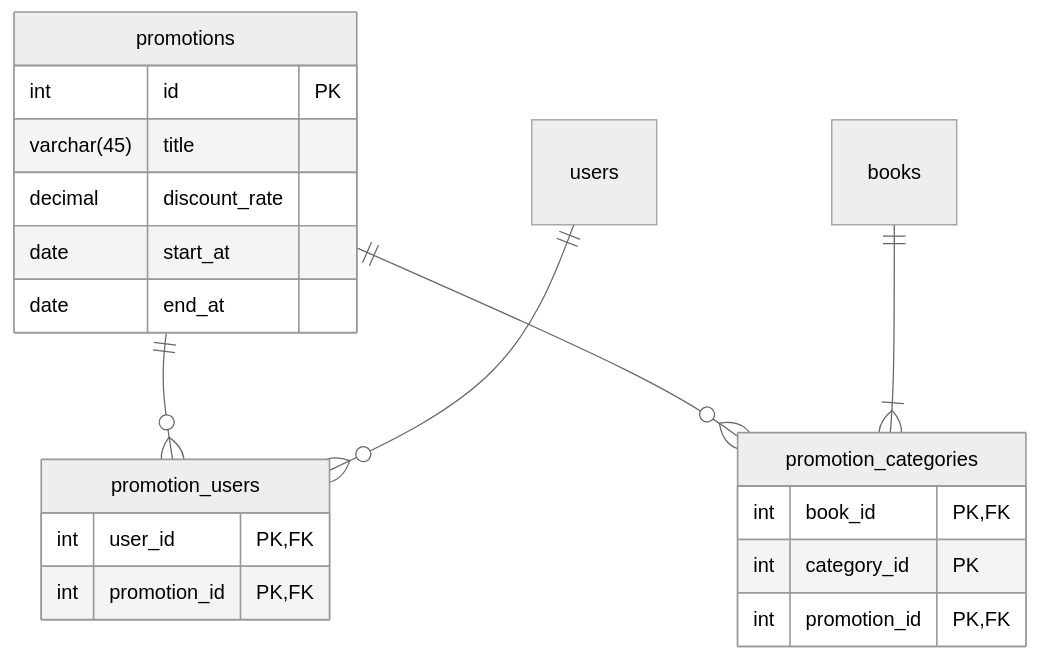
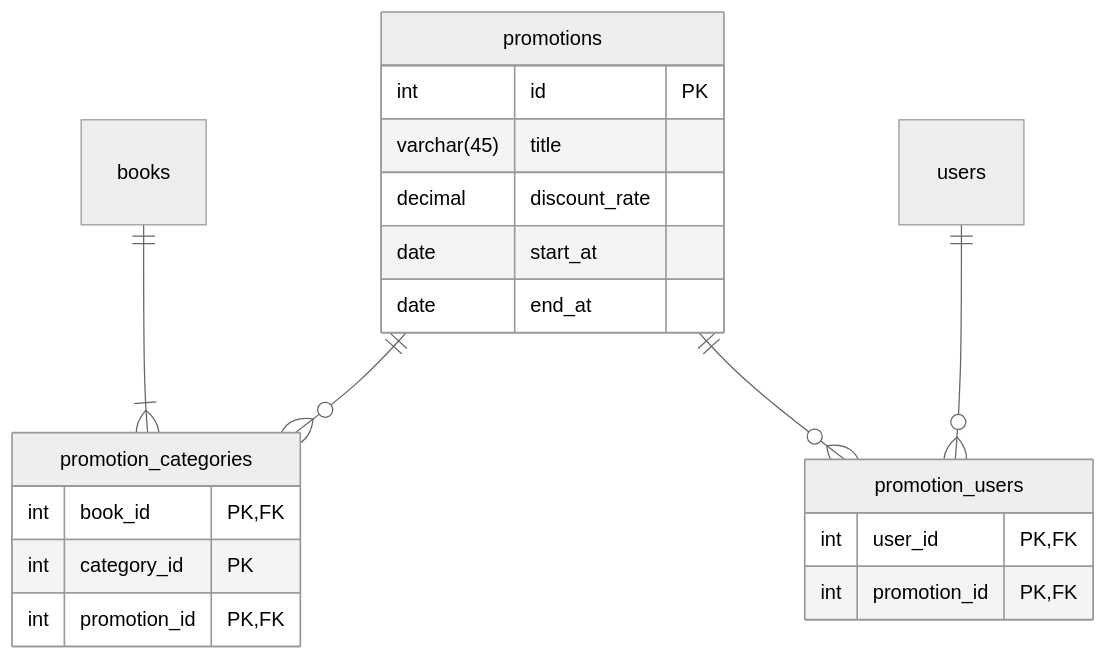
One commit to kimdev0206/project-2 changed the third of 4 diagrams in README.md. Above: the diagram before and after it, drawn with Mermaid (neutral theme). The commit also changed other lines of this file and 8 other files, not shown here.

````diff
--- a/README.md
+++ b/README.md
@@ -92,26 +96,26 @@
 ```mermaid
 erDiagram
    promotions {
       int id PK
       varchar(45) title
       decimal discount_rate
       date start_at
       date end_at
    }
 
    promotion_users {
       int user_id PK, FK
       int promotion_id PK, FK
    }
 
    promotion_categories {
       int book_id PK, FK
       int category_id PK
       int promotion_id PK, FK
    }
 
-   promotions || --o{ promotion_users : ""
+   books || --|{ promotion_categories : ""
    users || --o{ promotion_users : ""
    promotions || --o{ promotion_categories : ""
-   books || --|{ promotion_categories : ""
+   promotions || --o{ promotion_users : ""
 ```
````
